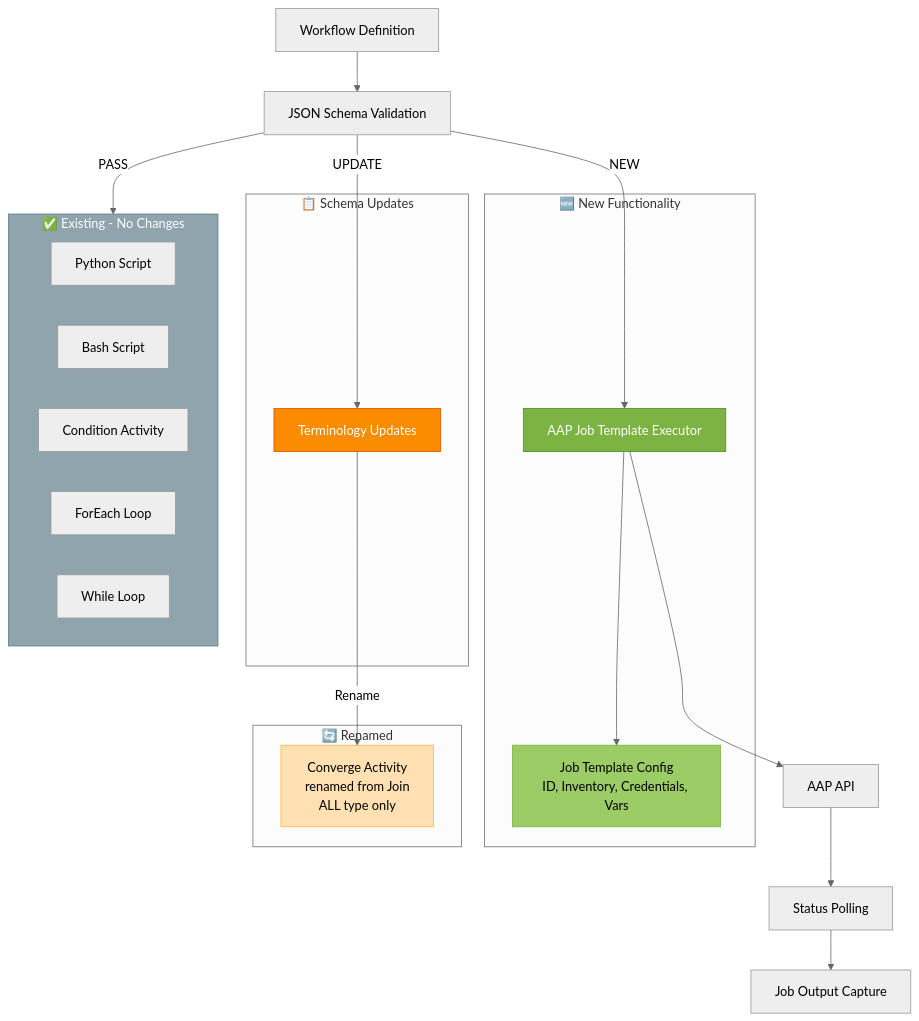
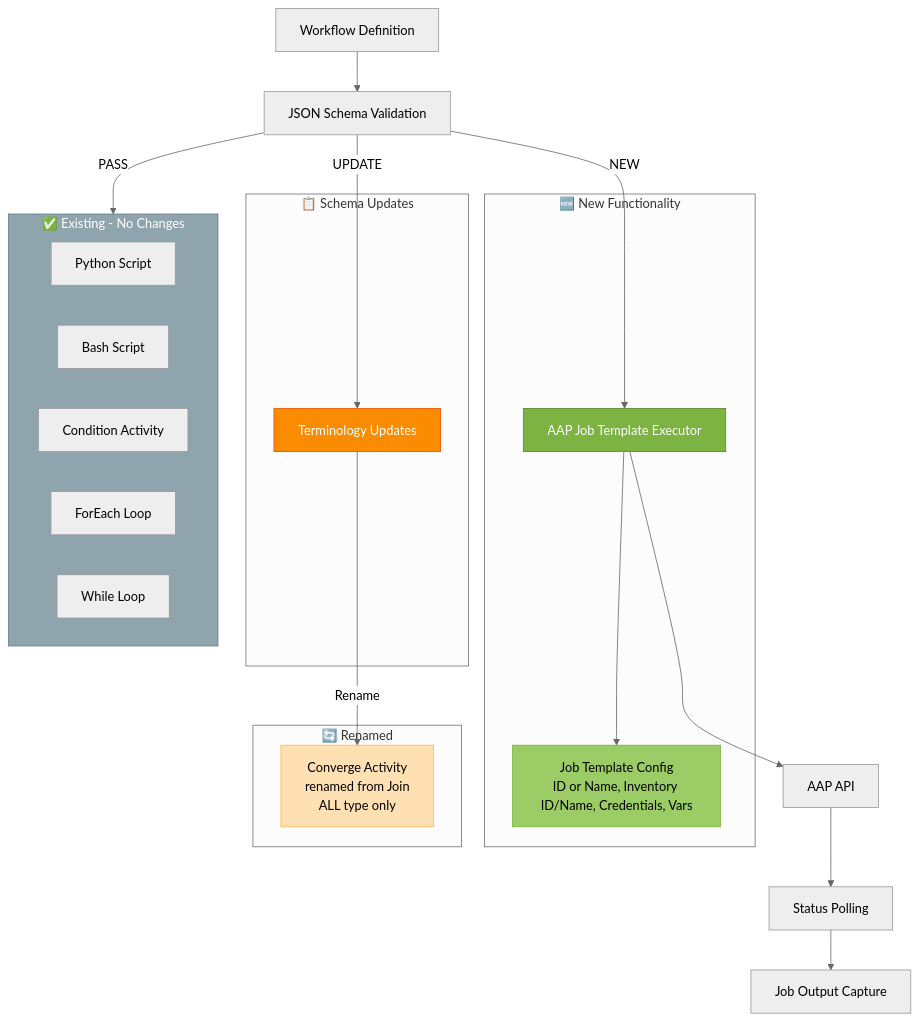
One commit to alinabuzachis/syntara changed the diagram in specs/017-foundational-node-library/spec.md. Above: the diagram before and after it, drawn with Mermaid (neutral theme). The commit also changed other lines of this file and 12 other files, not shown here.

First line of the commit message:
feat(AAP-64846): support flexible inventory specification in AAP job templates (#340)

````diff
--- a/specs/017-foundational-node-library/spec.md
+++ b/specs/017-foundational-node-library/spec.md
@@ -101,42 +101,42 @@
 ```mermaid
 graph TB
     subgraph New["🆕 New Functionality"]
         AAP[AAP Job Template Executor]
-        AAPCONF[Job Template Config<br/>ID, Inventory, Credentials, Vars]
+        AAPCONF[Job Template Config<br/>ID or Name, Inventory ID/Name, Credentials, Vars]
     end
 
     subgraph Schema["📋 Schema Updates"]
         RENAME[Terminology Updates]
     end
 
     subgraph Existing["✅ Existing - No Changes"]
         PY[Python Script]
         BASH[Bash Script]
         COND[Condition Activity]
         FOR[ForEach Loop]
         WHILE[While Loop]
     end
 
     subgraph Updated["🔄 Renamed"]
         CONV[Converge Activity<br/>renamed from Join<br/>ALL type only]
     end
 
     WF[Workflow Definition] --> SCHEMA[JSON Schema Validation]
 
     SCHEMA -->|NEW| AAP
     AAP --> AAPCONF
     AAP --> AAPAPI[AAP API]
     AAPAPI --> POLL[Status Polling]
     POLL --> OUTPUT[Job Output Capture]
 
     SCHEMA -->|UPDATE| RENAME
     RENAME -->|Rename| CONV
 
     SCHEMA -->|PASS| Existing
 
     style AAP fill:#7cb342,stroke:#558b2f,color:#fff
     style AAPCONF fill:#9ccc65,stroke:#7cb342,color:#000
     style RENAME fill:#fb8c00,stroke:#e65100,color:#fff
     style CONV fill:#ffe0b2,stroke:#ffb74d,color:#000
     style Existing fill:#90a4ae,stroke:#607d8b,color:#fff
 ```
````
